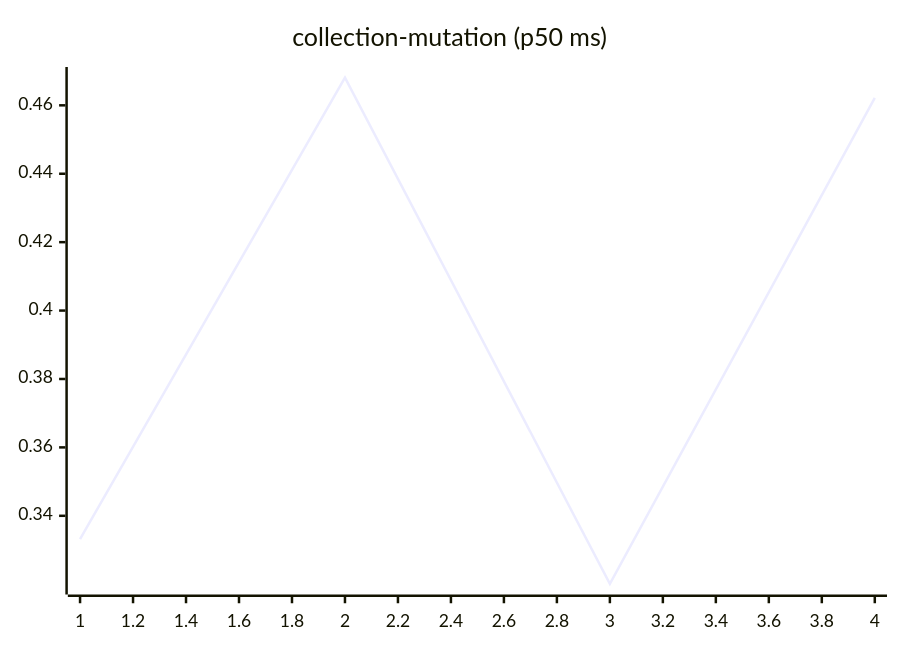
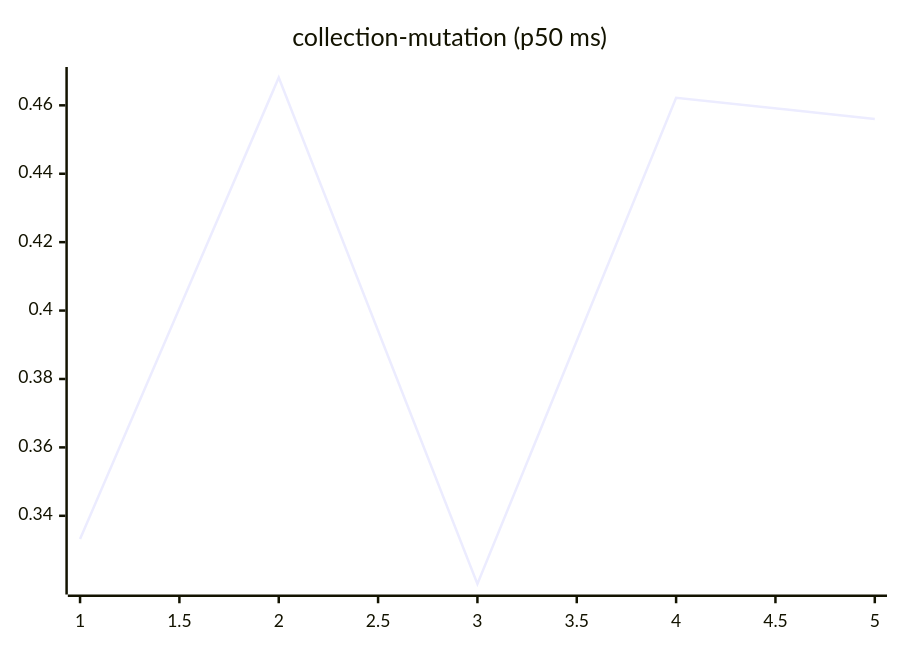
Before and after one commit to josha/Facet: the sixth of 27 diagrams in README.md, drawn with Mermaid. The commit also changed other lines of this file and 2 other files, not shown here.

````diff
--- a/README.md
+++ b/README.md
@@ -98,6 +98,6 @@
 ```mermaid
 xychart-beta
     title "collection-mutation (p50 ms)"
-    x-axis 1 --> 4
-    line [0.3332, 0.4681, 0.3201, 0.4622]
+    x-axis 1 --> 5
+    line [0.3332, 0.4681, 0.3201, 0.4622, 0.4560]
 ```
````
